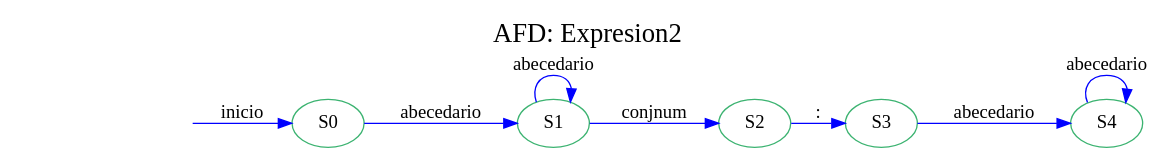
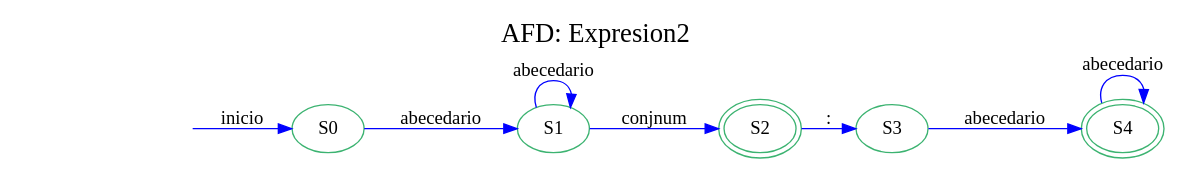
Before and after one commit to SelvinLP/-OLC1-Practica1_201701133: the diagram in OLC1_Practica1_201701133/AFD1.dot, drawn with Graphviz. The commit also changed 11 other files, not shown here.

```diff
--- a/OLC1_Practica1_201701133/AFD1.dot
+++ b/OLC1_Practica1_201701133/AFD1.dot
@@ -1,15 +1,17 @@
 digraph AFD { 
 graph [label="AFD: Expresion2", labelloc=t, fontsize=20]; rankdir=LR;edge [color=blue];node [color = mediumseagreen];"S0"[ label=S0]
 "S1"[ label=S1]
 "S2"[ label=S2]
 "S3"[ label=S3]
 "S4"[ label=S4]
 secret_node [style=invis];
-secret_node -> S0 [label="inicio"];"S0"->"S1"[label="abecedario"];
+secret_node -> S0 [label="inicio"];S2[peripheries=2];
+S4[peripheries=2];
+"S0"->"S1"[label="abecedario"];
 "S1"->"S1"[label="abecedario"];
 "S1"->"S2"[label="conjnum"];
 "S2"->"S3"[label="\:"];
 "S3"->"S4"[label="abecedario"];
 "S4"->"S4"[label="abecedario"];
 
 }
```
